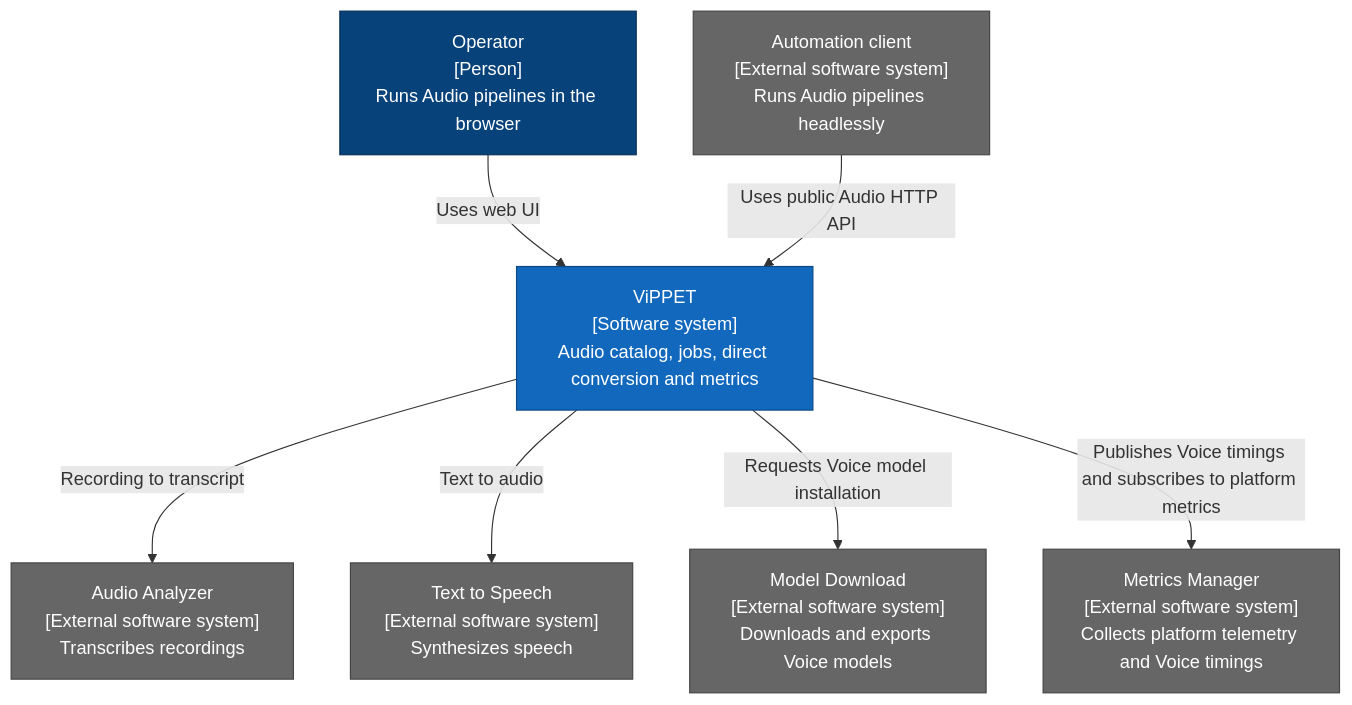
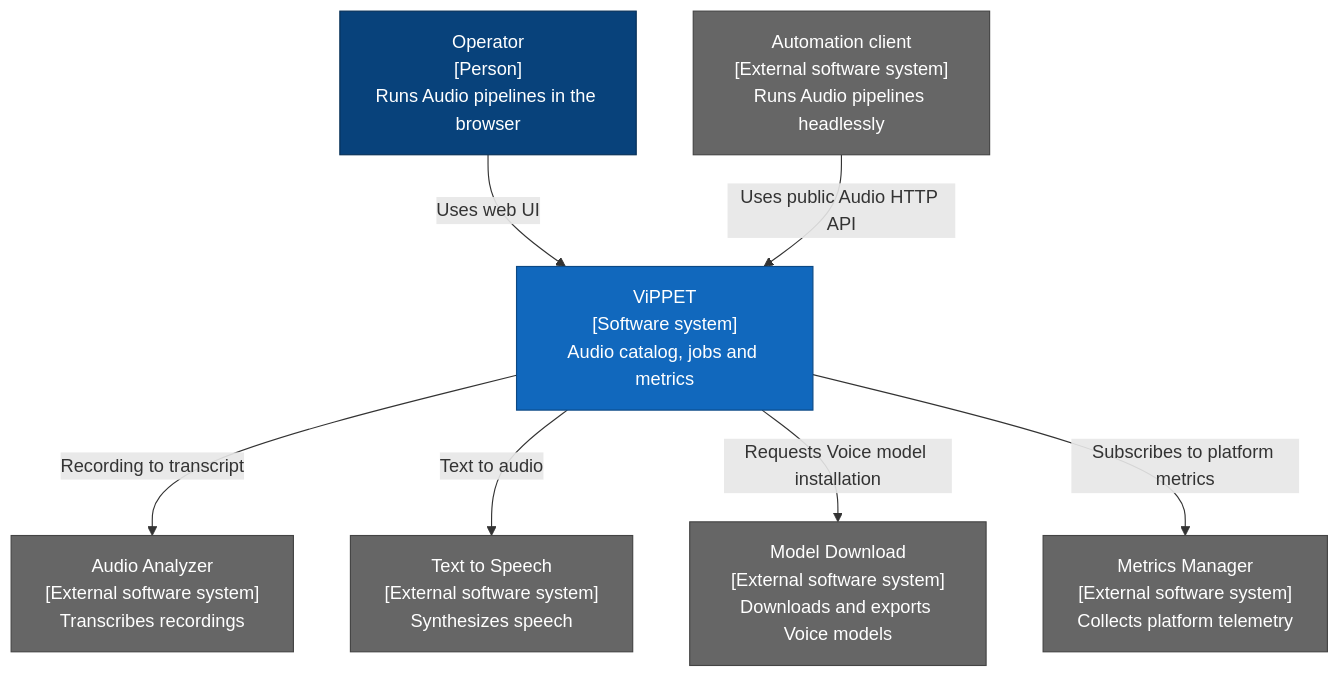
Before and after one commit to open-edge-platform/edge-ai-libraries: the first of 9 diagrams in tools/visual-pipeline-and-platform-evaluation-tool/docs/user-guide/developer-guide/voice-architecture.md, drawn with Mermaid. The commit also changed other lines of this file and 14 other files, not shown here.

````diff
--- a/tools/visual-pipeline-and-platform-evaluation-tool/docs/user-guide/developer-guide/voice-architecture.md
+++ b/tools/visual-pipeline-and-platform-evaluation-tool/docs/user-guide/developer-guide/voice-architecture.md
@@ -34,19 +34,19 @@
 ```mermaid
 flowchart TB
   operator["Operator<br/>[Person]<br/>Runs Audio pipelines in the browser"]:::person
   automation["Automation client<br/>[External software system]<br/>Runs Audio pipelines headlessly"]:::external
-  vippet["ViPPET<br/>[Software system]<br/>Audio catalog, jobs, direct conversion and metrics"]:::internal
+  vippet["ViPPET<br/>[Software system]<br/>Audio catalog, jobs and metrics"]:::internal
   asr["Audio Analyzer<br/>[External software system]<br/>Transcribes recordings"]:::external
   tts["Text to Speech<br/>[External software system]<br/>Synthesizes speech"]:::external
   models["Model Download<br/>[External software system]<br/>Downloads and exports Voice models"]:::external
-  telemetry["Metrics Manager<br/>[External software system]<br/>Collects platform telemetry and Voice timings"]:::external
+  telemetry["Metrics Manager<br/>[External software system]<br/>Collects platform telemetry"]:::external
   operator -->|Uses web UI| vippet
   automation -->|Uses public Audio HTTP API| vippet
   vippet -->|Recording to transcript| asr
   vippet -->|Text to audio| tts
   vippet -->|Requests Voice model installation| models
-  vippet -->|Publishes Voice timings and subscribes to platform metrics| telemetry
+  vippet -->|Subscribes to platform metrics| telemetry
   classDef person fill:#08427b,color:#fff,stroke:#052e56
   classDef internal fill:#1168bd,color:#fff,stroke:#0b4884
   classDef external fill:#666,color:#fff,stroke:#444
 ```
````
